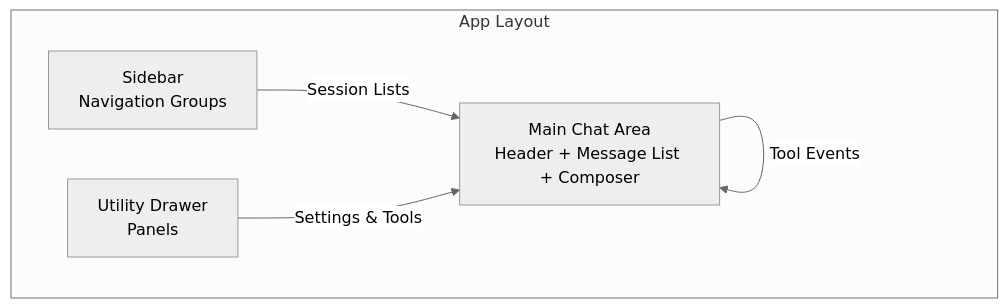
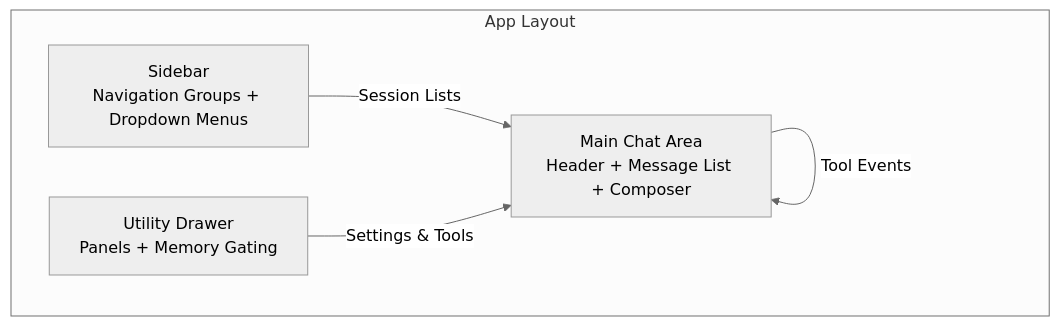
The second of 8 diagrams in .qoder/repowiki/en/content/Frontend Components/User Interface Design/HTML Structure and Semantic Markup.md (Sovetsky-Soyuz/AI-Assistant), drawn with Mermaid (neutral theme) before and after one commit. The commit also changed other lines of this file and 10 other files, not shown here.

````diff
--- a/.qoder/repowiki/en/content/Frontend Components/User Interface Design/HTML Structure and Semantic Markup.md
+++ b/.qoder/repowiki/en/content/Frontend Components/User Interface Design/HTML Structure and Semantic Markup.md
@@ -86,12 +90,12 @@
 ```mermaid
 graph TB
 subgraph "App Layout"
-S["Sidebar<br/>Navigation Groups"]
+S["Sidebar<br/>Navigation Groups + Dropdown Menus"]
 M["Main Chat Area<br/>Header + Message List + Composer"]
-U["Utility Drawer<br/>Panels"]
+U["Utility Drawer<br/>Panels + Memory Gating"]
 end
 S --> |"Session Lists"| M
 M --> |"Dynamic Content"| M
 M --> |"Tool Events"| M
 U --> |"Settings & Tools"| M
 ```
````
